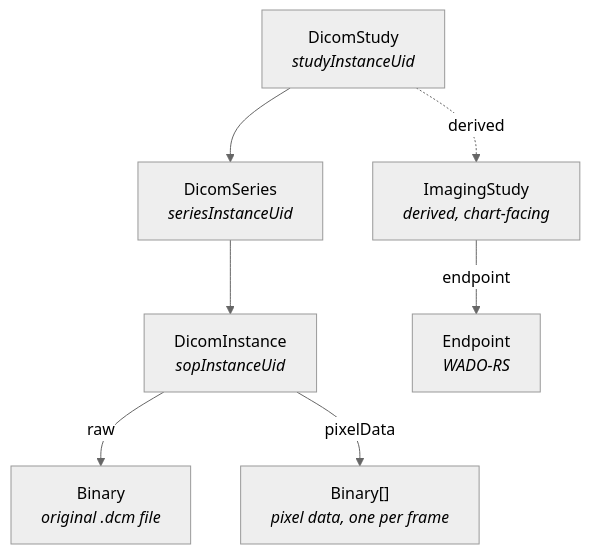
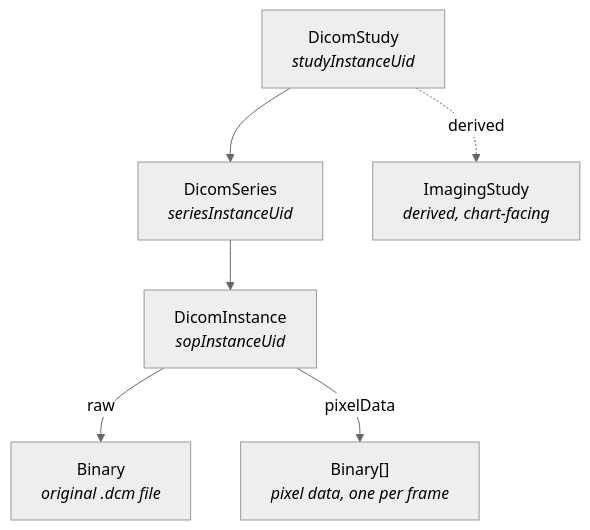
Before and after one commit to medplum/medplum: the diagram in packages/docs/docs/dicom/data-model.md, drawn with Mermaid (neutral theme). The commit also changed other lines of this file and 14 other files, not shown here.

First line of the commit message:
refactor(server): move DICOM study/series creation out of STOW, drop ImagingStudy Endpoint

````diff
--- a/packages/docs/docs/dicom/data-model.md
+++ b/packages/docs/docs/dicom/data-model.md
@@ -18,17 +18,15 @@
 ```mermaid
 flowchart TD
   Study["DicomStudy<br/><i>studyInstanceUid</i>"]
   Series["DicomSeries<br/><i>seriesInstanceUid</i>"]
   Instance["DicomInstance<br/><i>sopInstanceUid</i>"]
   Raw["Binary<br/><i>original .dcm file</i>"]
   Pixels["Binary[]<br/><i>pixel data, one per frame</i>"]
   Imaging["ImagingStudy<br/><i>derived, chart-facing</i>"]
-  Endpoint["Endpoint<br/><i>WADO-RS</i>"]
 
   Study --> Series
   Series --> Instance
   Instance -- "raw" --> Raw
   Instance -- "pixelData" --> Pixels
   Study -. "derived" .-> Imaging
-  Imaging -- "endpoint" --> Endpoint
 ```
````
